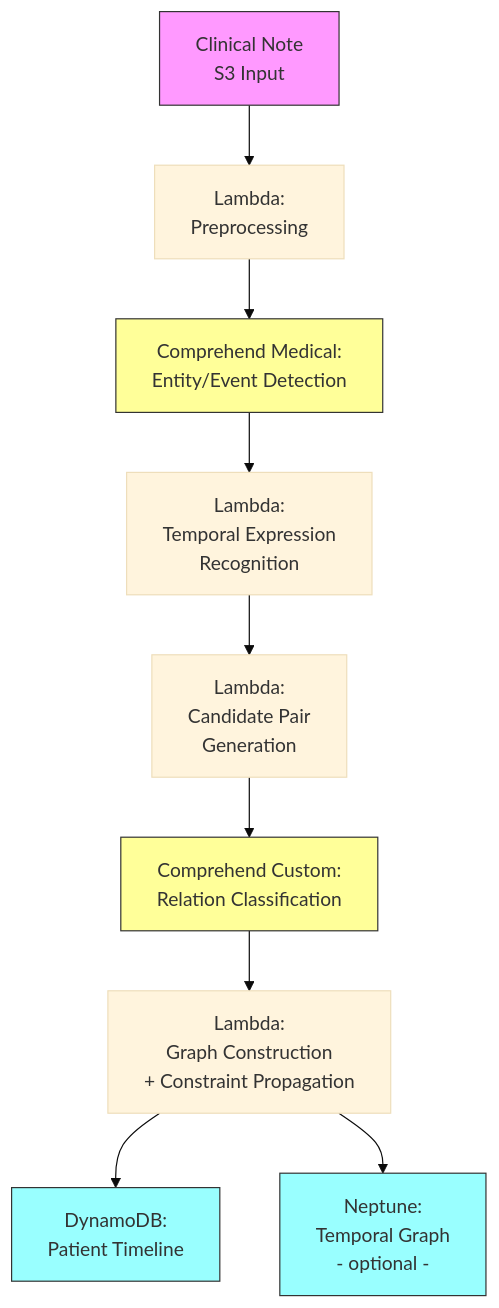
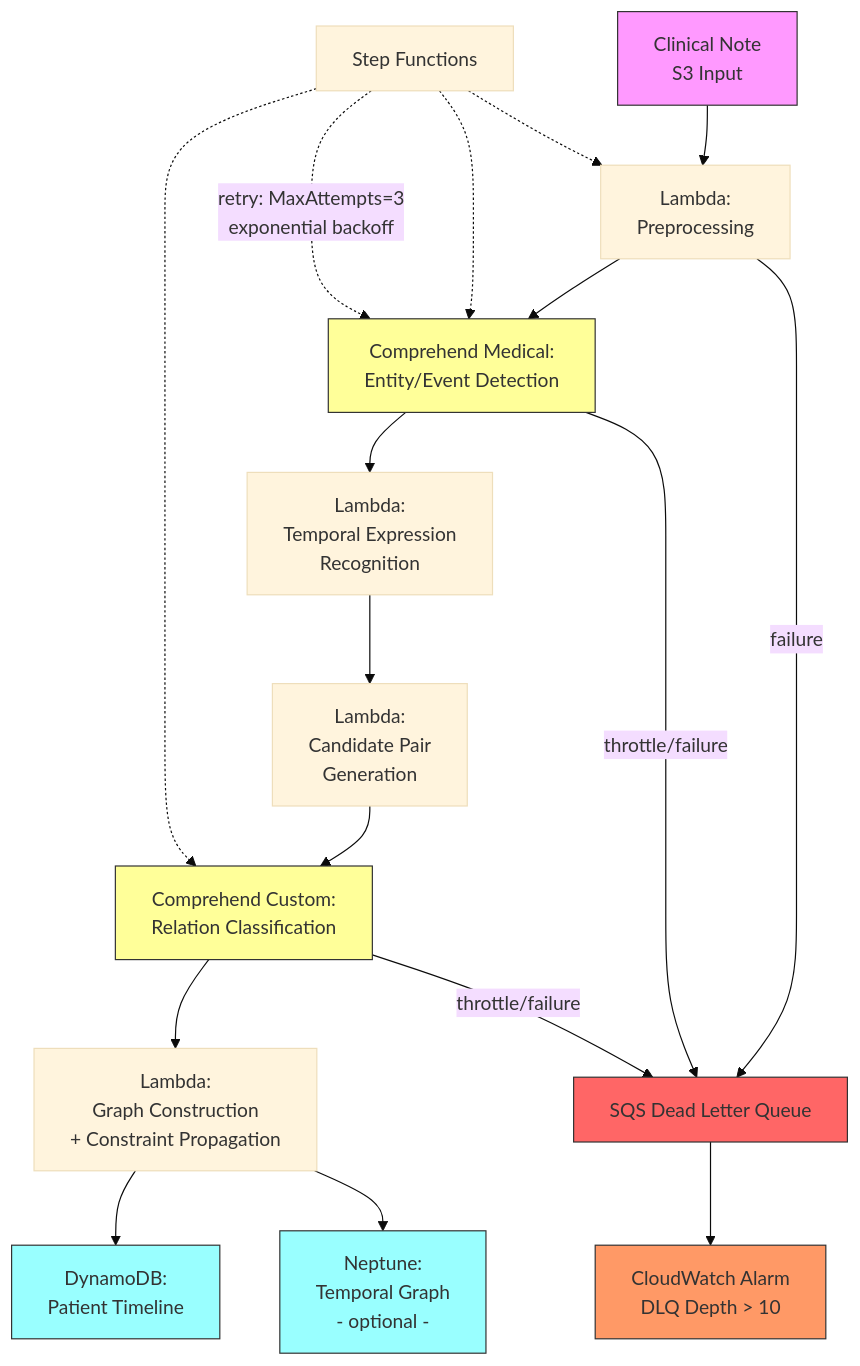
Before and after one commit to ccrngd1/HCLS-ai-book: the diagram in chapter08.09-architecture.md, drawn with Mermaid (base theme). The commit also changed other lines of this file and 3 other files, not shown here.

````diff
--- a/chapter08.09-architecture.md
+++ b/chapter08.09-architecture.md
@@ -25,17 +25,29 @@
 ```mermaid
 flowchart TD
     A[Clinical Note\nS3 Input] --> B[Lambda:\nPreprocessing]
     B --> C[Comprehend Medical:\nEntity/Event Detection]
     C --> D[Lambda:\nTemporal Expression\nRecognition]
     D --> E[Lambda:\nCandidate Pair\nGeneration]
     E --> F[Comprehend Custom:\nRelation Classification]
     F --> G[Lambda:\nGraph Construction\n+ Constraint Propagation]
     G --> H[DynamoDB:\nPatient Timeline]
     G --> I[Neptune:\nTemporal Graph\n- optional -]
 
+    B -- failure --> DLQ[SQS Dead Letter Queue]
+    C -- throttle/failure --> DLQ
+    F -- throttle/failure --> DLQ
+    DLQ --> CW[CloudWatch Alarm\nDLQ Depth > 10]
+
+    SF[Step Functions] -.-> B
+    SF -.-> C
+    SF -.-> F
+    SF -. "retry: MaxAttempts=3\nexponential backoff" .-> C
+
     style A fill:#f9f,stroke:#333
     style C fill:#ff9,stroke:#333
     style F fill:#ff9,stroke:#333
     style H fill:#9ff,stroke:#333
     style I fill:#9ff,stroke:#333
+    style DLQ fill:#f66,stroke:#333
+    style CW fill:#f96,stroke:#333
 ```
````
